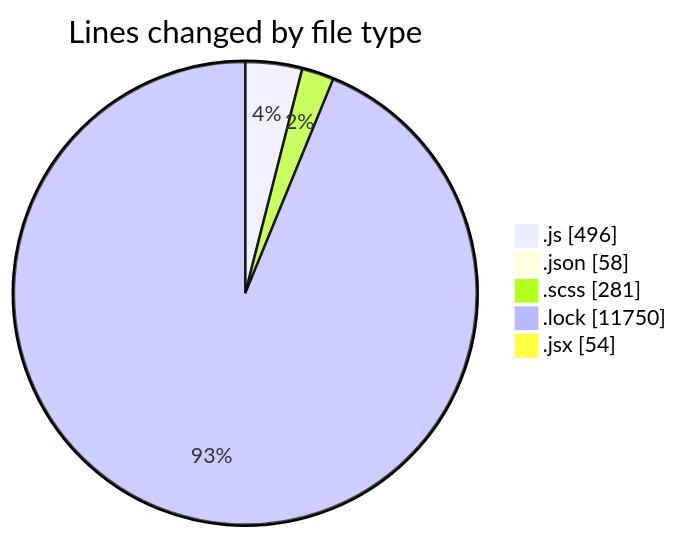
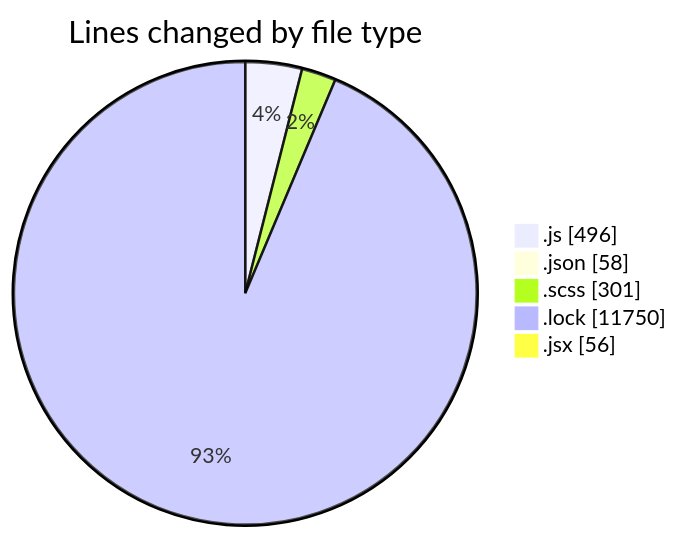
One commit to momahboobian/code-tracking changed the first of 2 diagrams in 2026-01-08/cda/README.md. Above: the diagram before and after it, drawn with Mermaid. The commit also changed other lines of this file and 1 other file, not shown here.

````diff
--- a/2026-01-08/cda/README.md
+++ b/2026-01-08/cda/README.md
@@ -32,9 +33,9 @@
 ```mermaid
 pie showData
 title Lines changed by file type
 ".js" : 496
 ".json" : 58
-".scss" : 281
+".scss" : 301
 ".lock" : 11750
-".jsx" : 54
+".jsx" : 56
 ```
````
